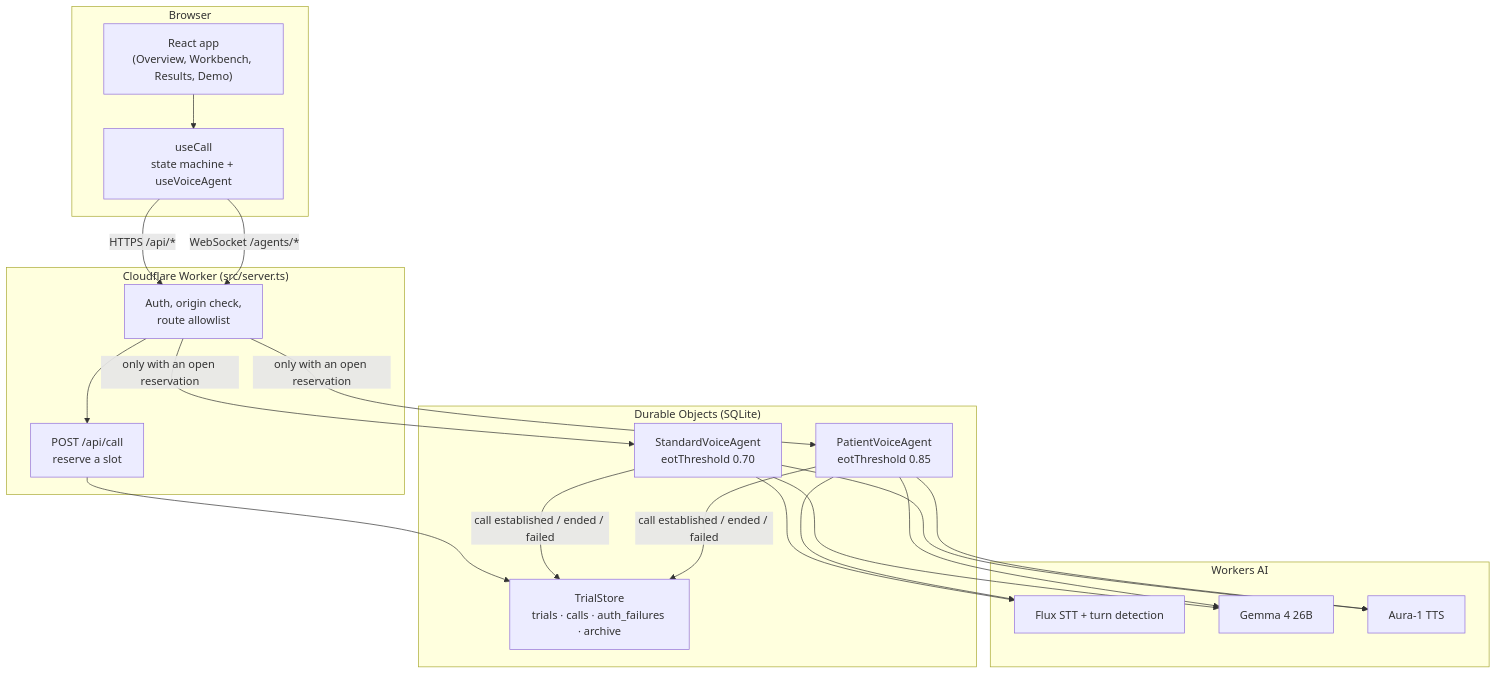
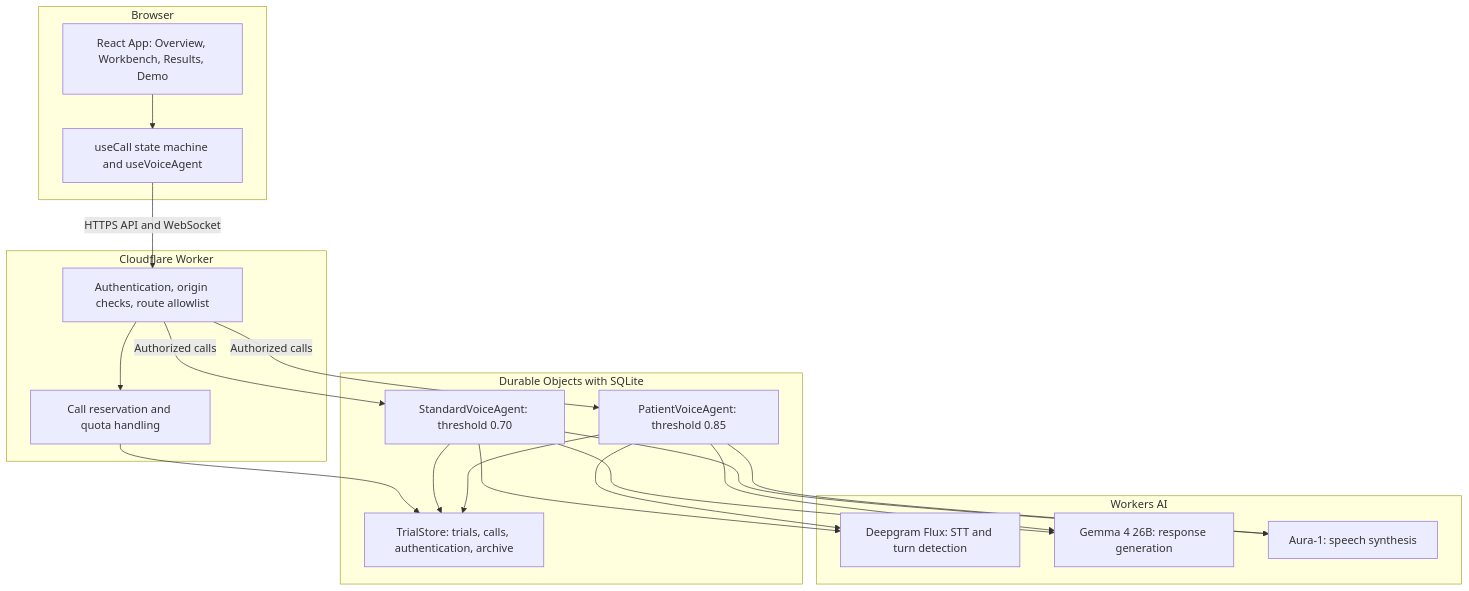
Before and after one commit to Dakshkumar24/pacelab: the first of 2 diagrams in README.md, drawn with Mermaid. The commit also changed other lines of this file, not shown here.

First line of the commit message:
README with project overview and features

````diff
--- a/README.md
+++ b/README.md
@@ -45,28 +207,42 @@
 ```mermaid
 flowchart TB
   subgraph Browser
-    UI["React app<br/>(Overview, Workbench, Results, Demo)"]
-    Hook["useCall<br/>state machine + useVoiceAgent"]
+    UI["React App: Overview, Workbench, Results, Demo"]
+    Hook["useCall state machine and useVoiceAgent"]
   end
-  subgraph Worker["Cloudflare Worker (src/server.ts)"]
-    Gate["Auth, origin check,<br/>route allowlist"]
-    Res["POST /api/call<br/>reserve a slot"]
+
+  subgraph Worker["Cloudflare Worker"]
+    Gate["Authentication, origin checks, route allowlist"]
+    Reserve["Call reservation and quota handling"]
   end
-  subgraph DO["Durable Objects (SQLite)"]
-    Store["TrialStore<br/>trials · calls · auth_failures · archive"]
-    Std["StandardVoiceAgent<br/>eotThreshold 0.70"]
-    Pat["PatientVoiceAgent<br/>eotThreshold 0.85"]
+
+  subgraph Storage["Durable Objects with SQLite"]
+    Store["TrialStore: trials, calls, authentication, archive"]
+    Standard["StandardVoiceAgent: threshold 0.70"]
+    Patient["PatientVoiceAgent: threshold 0.85"]
   end
+
   subgraph AI["Workers AI"]
-    Flux["Flux STT + turn detection"]
-    Gemma["Gemma 4 26B"]
-    Aura["Aura-1 TTS"]
+    Flux["Deepgram Flux: STT and turn detection"]
+    Gemma["Gemma 4 26B: response generation"]
+    Aura["Aura-1: speech synthesis"]
   end
+
   UI --> Hook
-  Hook -- "HTTPS /api/*" --> Gate
-  Hook -- "WebSocket /agents/*" --> Gate
-  Gate --> Res --> Store
-  Gate -- "only with an open reservation" --> Std & Pat
-  Std & Pat --> Flux & Gemma & Aura
-  Std & Pat -- "call established / ended / failed" --> Store
+  Hook -->|"HTTPS API and WebSocket"| Gate
+  Gate --> Reserve
+  Reserve --> Store
+  Gate -->|"Authorized calls"| Standard
+  Gate -->|"Authorized calls"| Patient
+
+  Standard --> Flux
+  Standard --> Gemma
+  Standard --> Aura
+
+  Patient --> Flux
+  Patient --> Gemma
+  Patient --> Aura
+
+  Standard --> Store
+  Patient --> Store
 ```
````
